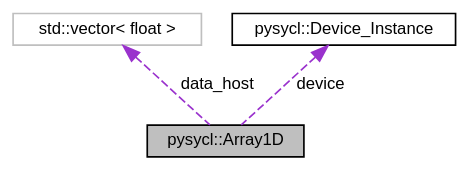
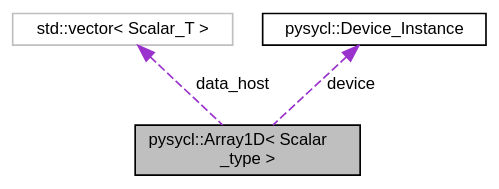
The diagram in docs/PySYCL_doxygen_html/classpysycl_1_1_array1_d__coll__graph.dot (OsmanAEG/PySYCL), drawn with Graphviz before and after one commit. The commit also changed 169 other files, not shown here.

```diff
--- a/docs/PySYCL_doxygen_html/classpysycl_1_1_array1_d__coll__graph.dot
+++ b/docs/PySYCL_doxygen_html/classpysycl_1_1_array1_d__coll__graph.dot
@@ -1,13 +1,13 @@
-digraph "pysycl::Array1D"
+digraph "pysycl::Array1D&lt; Scalar_type &gt;"
 {
  // INTERACTIVE_SVG=YES
  // LATEX_PDF_SIZE
   bgcolor="transparent";
   edge [fontname="Helvetica",fontsize="10",labelfontname="Helvetica",labelfontsize="10"];
   node [fontname="Helvetica",fontsize="10",shape=record];
-  Node1 [label="pysycl::Array1D",height=0.2,width=0.4,color="black", fillcolor="grey75", style="filled", fontcolor="black",tooltip="Array1D class for PySYCL."];
+  Node1 [label="pysycl::Array1D\< Scalar\l_type \>",height=0.2,width=0.4,color="black", fillcolor="grey75", style="filled", fontcolor="black",tooltip="Array1D class for PySYCL."];
   Node2 -> Node1 [dir="back",color="darkorchid3",fontsize="10",style="dashed",label=" data_host" ,fontname="Helvetica"];
-  Node2 [label="std::vector\< float \>",height=0.2,width=0.4,color="grey75",tooltip=" "];
+  Node2 [label="std::vector\< Scalar_T \>",height=0.2,width=0.4,color="grey75",tooltip=" "];
   Node3 -> Node1 [dir="back",color="darkorchid3",fontsize="10",style="dashed",label=" device" ,fontname="Helvetica"];
   Node3 [label="pysycl::Device_Instance",height=0.2,width=0.4,color="black",URL="$classpysycl_1_1_device___instance.html",tooltip="Class representing a device instance."];
 }
```
